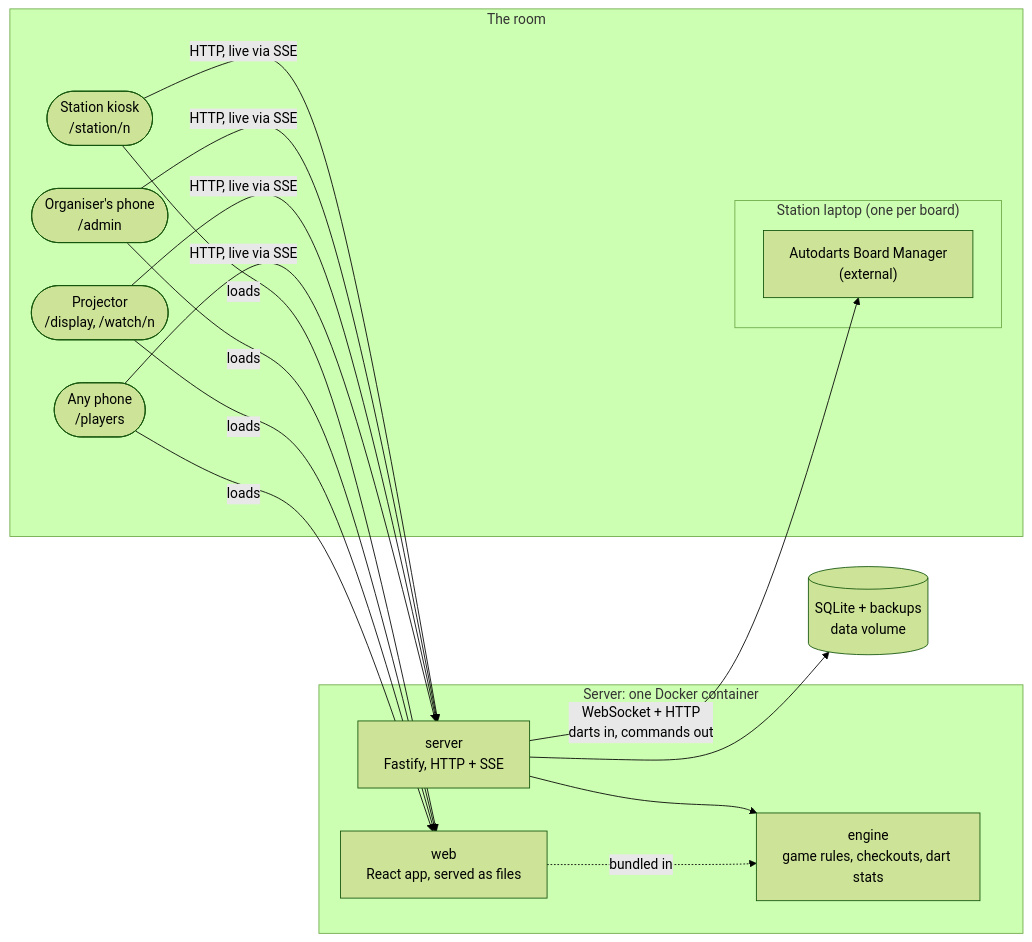
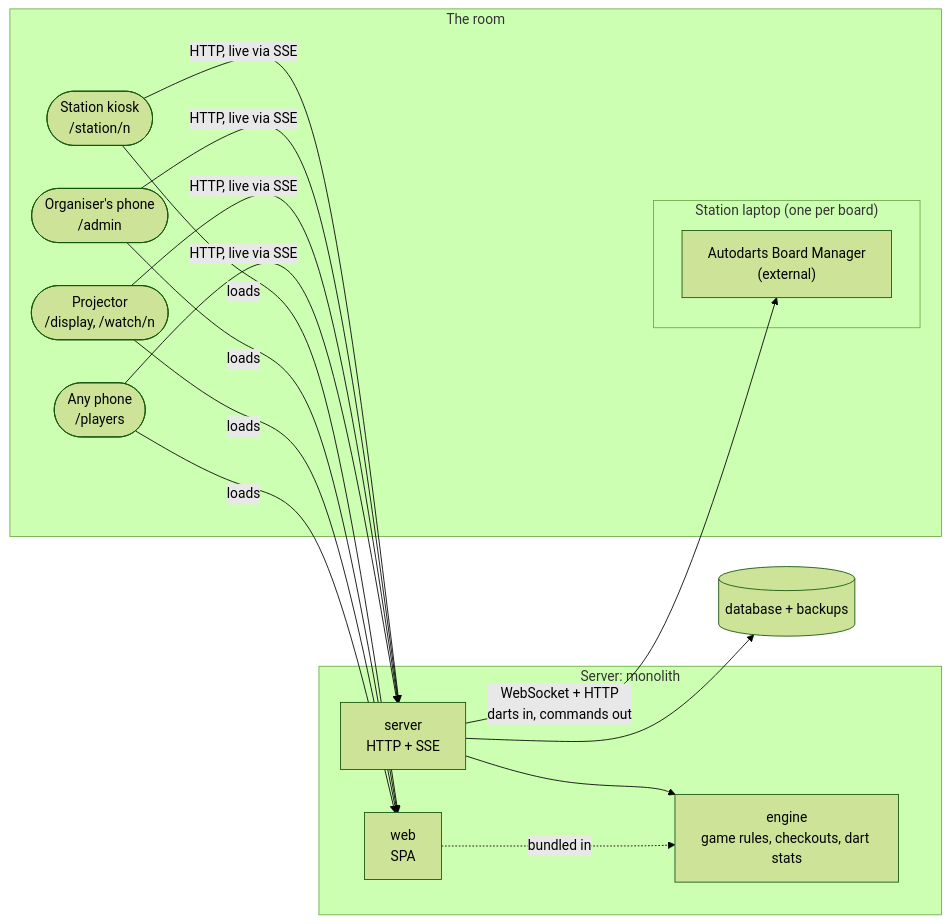
One commit to sverbach/n4-darts changed the first of 2 diagrams in docs/architecture/05-building-block-view.md. Above: the diagram before and after it, drawn with Mermaid (forest theme). The commit also changed other lines of this file and 1 other file, not shown here.

````diff
--- a/docs/architecture/05-building-block-view.md
+++ b/docs/architecture/05-building-block-view.md
@@ -7,27 +7,27 @@
 ```mermaid
 flowchart LR
     subgraph room["The room"]
         kiosk(["Station kiosk<br/>/station/n"])
         phone(["Organiser's phone<br/>/admin"])
         projector(["Projector<br/>/display, /watch/n"])
         visitor(["Any phone<br/>/players"])
         subgraph laptop["Station laptop (one per board)"]
             bm["Autodarts Board Manager<br/>(external)"]
         end
     end
 
-    subgraph container["Server: one Docker container"]
-        web["web<br/>React app, served as files"]
-        server["server<br/>Fastify, HTTP + SSE"]
+    subgraph container["Server: monolith"]
+        web["web<br/>SPA"]
+        server["server<br/>HTTP + SSE"]
         engine["engine<br/>game rules, checkouts, dart stats"]
     end
 
-    db[("SQLite + backups<br/>data volume")]
+    db[("database + backups")]
 
     kiosk & phone & projector & visitor -- "loads" --> web
     kiosk & phone & projector & visitor -- "HTTP, live via SSE" --> server
     server -- "WebSocket + HTTP<br/>darts in, commands out" --> bm
     server --> db
     server --> engine
     web -. "bundled in" .-> engine
 ```
````
